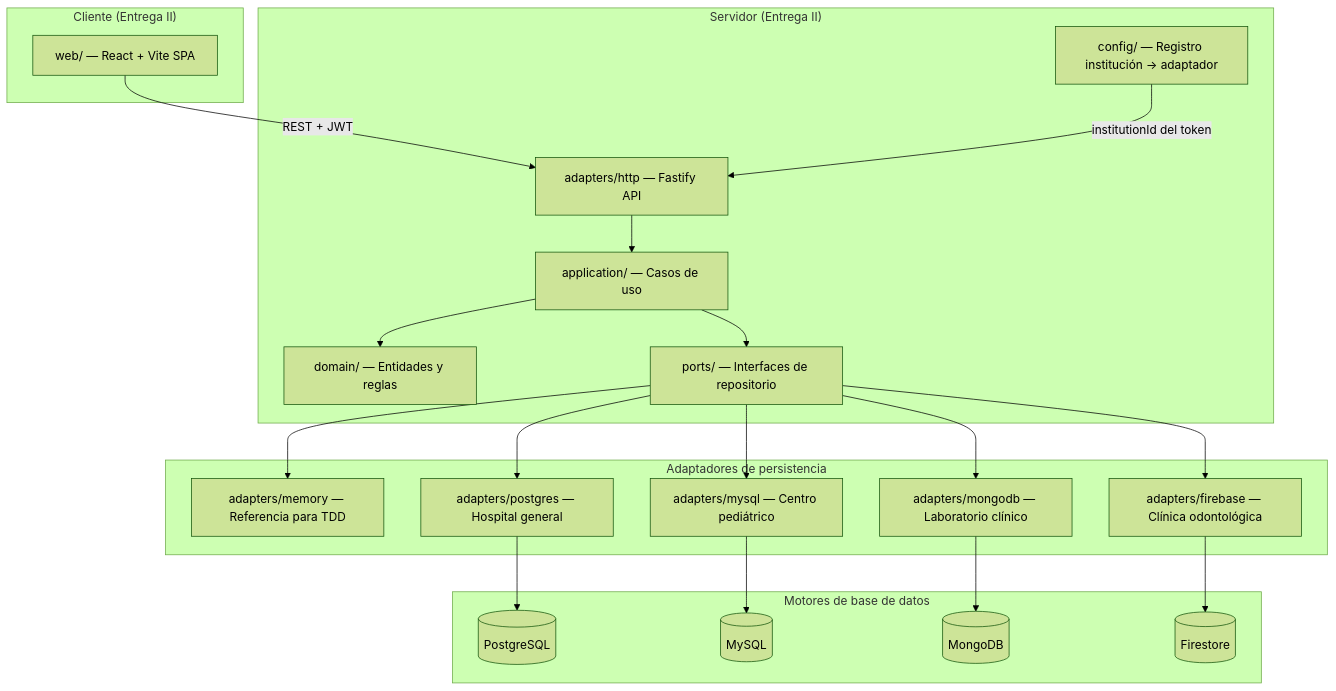
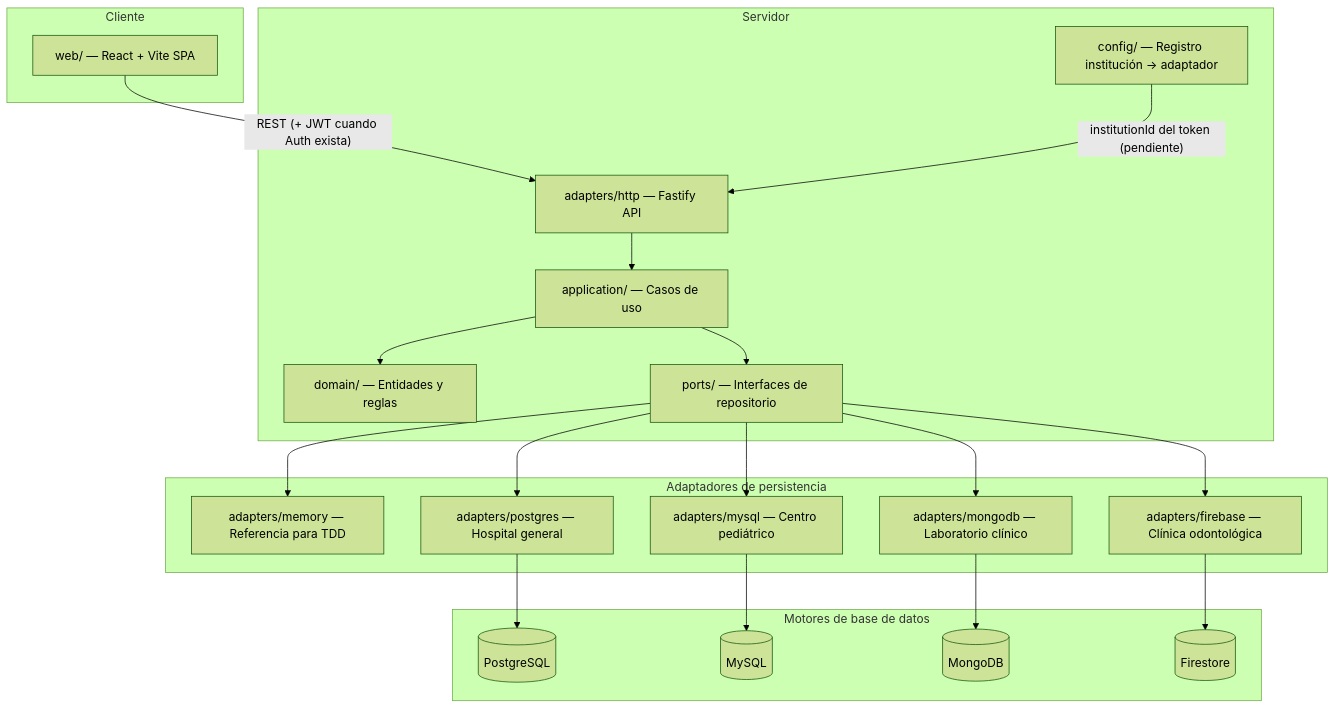
The diagram in docs/ARCHITECTURE.md (carloshugoeg/genki-health), drawn with Mermaid (forest theme) before and after one commit. The commit also changed other lines of this file and 68 other files, not shown here.

````diff
--- a/docs/ARCHITECTURE.md
+++ b/docs/ARCHITECTURE.md
@@ -42,44 +46,44 @@
 ```mermaid
 flowchart TB
-    subgraph cliente ["Cliente (Entrega II)"]
+    subgraph cliente ["Cliente"]
         WEB["web/ — React + Vite SPA"]
     end
 
-    subgraph servidor ["Servidor (Entrega II)"]
+    subgraph servidor ["Servidor"]
         HTTP["adapters/http — Fastify API"]
         APP["application/ — Casos de uso"]
         DOM["domain/ — Entidades y reglas"]
         PORTS["ports/ — Interfaces de repositorio"]
         CONFIG["config/ — Registro institución → adaptador"]
     end
 
     subgraph adaptadores ["Adaptadores de persistencia"]
         MEM["adapters/memory — Referencia para TDD"]
         PG["adapters/postgres — Hospital general"]
         MY["adapters/mysql — Centro pediátrico"]
         MG["adapters/mongodb — Laboratorio clínico"]
         FB["adapters/firebase — Clínica odontológica"]
     end
 
     subgraph motores ["Motores de base de datos"]
         PGDB[("PostgreSQL")]
         MYDB[("MySQL")]
         MGDB[("MongoDB")]
         FBDB[("Firestore")]
     end
 
-    WEB -->|"REST + JWT"| HTTP
+    WEB -->|"REST (+ JWT cuando Auth exista)"| HTTP
     HTTP --> APP
     APP --> DOM
     APP --> PORTS
-    CONFIG -->|"institutionId del token"| HTTP
+    CONFIG -->|"institutionId del token (pendiente)"| HTTP
     PORTS --> MEM
     PORTS --> PG
     PORTS --> MY
     PORTS --> MG
     PORTS --> FB
     PG --> PGDB
     MY --> MYDB
     MG --> MGDB
     FB --> FBDB
 ```
````
